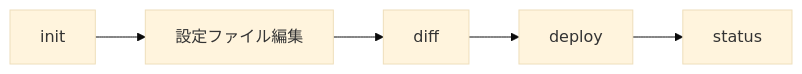
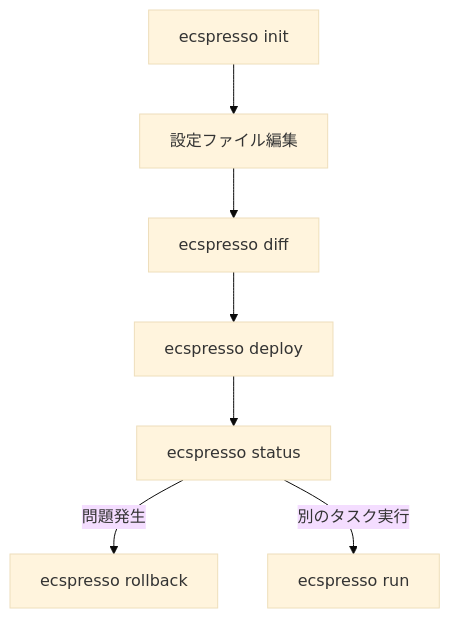
One commit to bufferings/devin-docs changed the diagram in ecspresso/quickstart/basic-usage.md. Above: the diagram before and after it, drawn with Mermaid (base theme). The commit also changed other lines of this file and 18 other files, not shown here.

````diff
--- a/ecspresso/quickstart/basic-usage.md
+++ b/ecspresso/quickstart/basic-usage.md
@@ -62,7 +69,9 @@
 ```mermaid
-graph LR
-  A[init] --> B[設定ファイル編集]
-  B --> C[diff]
-  C --> D[deploy]
-  D --> E[status]
+graph TD
+    A[ecspresso init] --> B[設定ファイル編集]
+    B --> C[ecspresso diff]
+    C --> D[ecspresso deploy]
+    D --> E[ecspresso status]
+    E -->|問題発生| F[ecspresso rollback]
+    E -->|別のタスク実行| G[ecspresso run]
 ```
````
